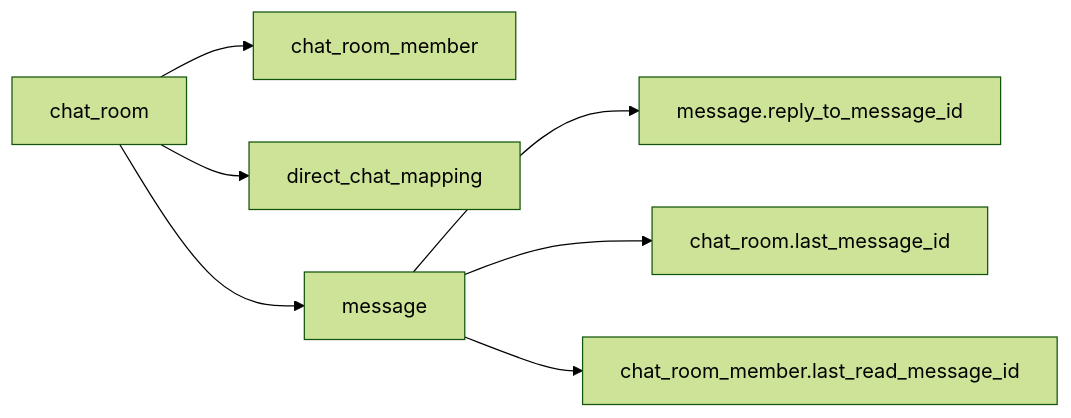
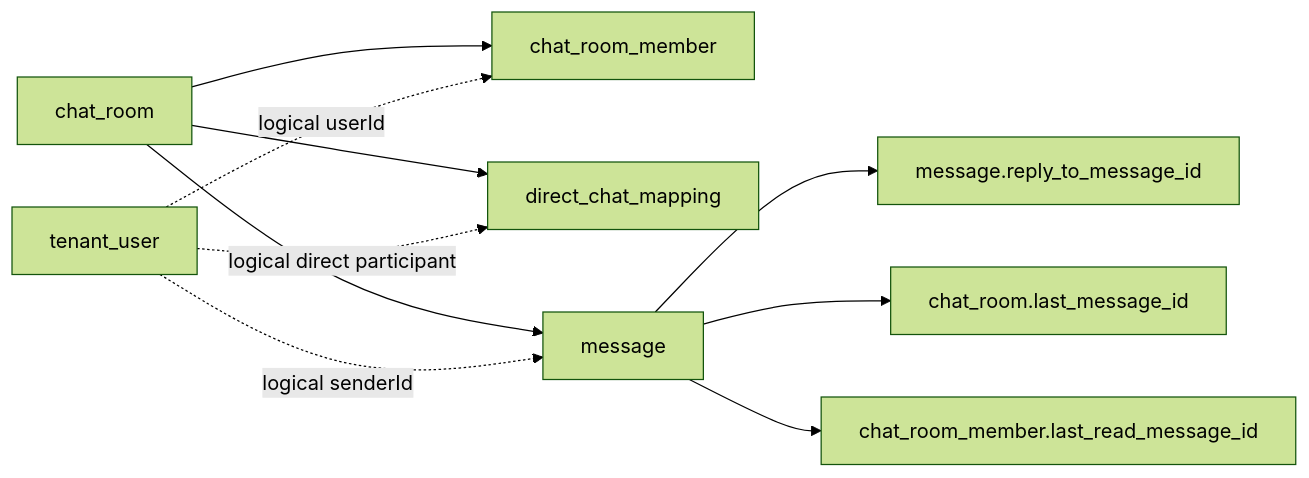
One commit to woojun-k/pabal changed the diagram in docs/architecture/database-schema-and-constraints.md. Above: the diagram before and after it, drawn with Mermaid (forest theme). The commit also changed other lines of this file and 112 other files, not shown here.

````diff
--- a/docs/architecture/database-schema-and-constraints.md
+++ b/docs/architecture/database-schema-and-constraints.md
@@ -39,9 +41,13 @@
 ```mermaid
 flowchart LR
+    user["tenant_user"]
     room["chat_room"] --> member["chat_room_member"]
     room --> mapping["direct_chat_mapping"]
     room --> message["message"]
     message --> reply["message.reply_to_message_id"]
     message --> last["chat_room.last_message_id"]
     message --> read["chat_room_member.last_read_message_id"]
+    user -. "logical userId" .-> member
+    user -. "logical senderId" .-> message
+    user -. "logical direct participant" .-> mapping
 ```
````
